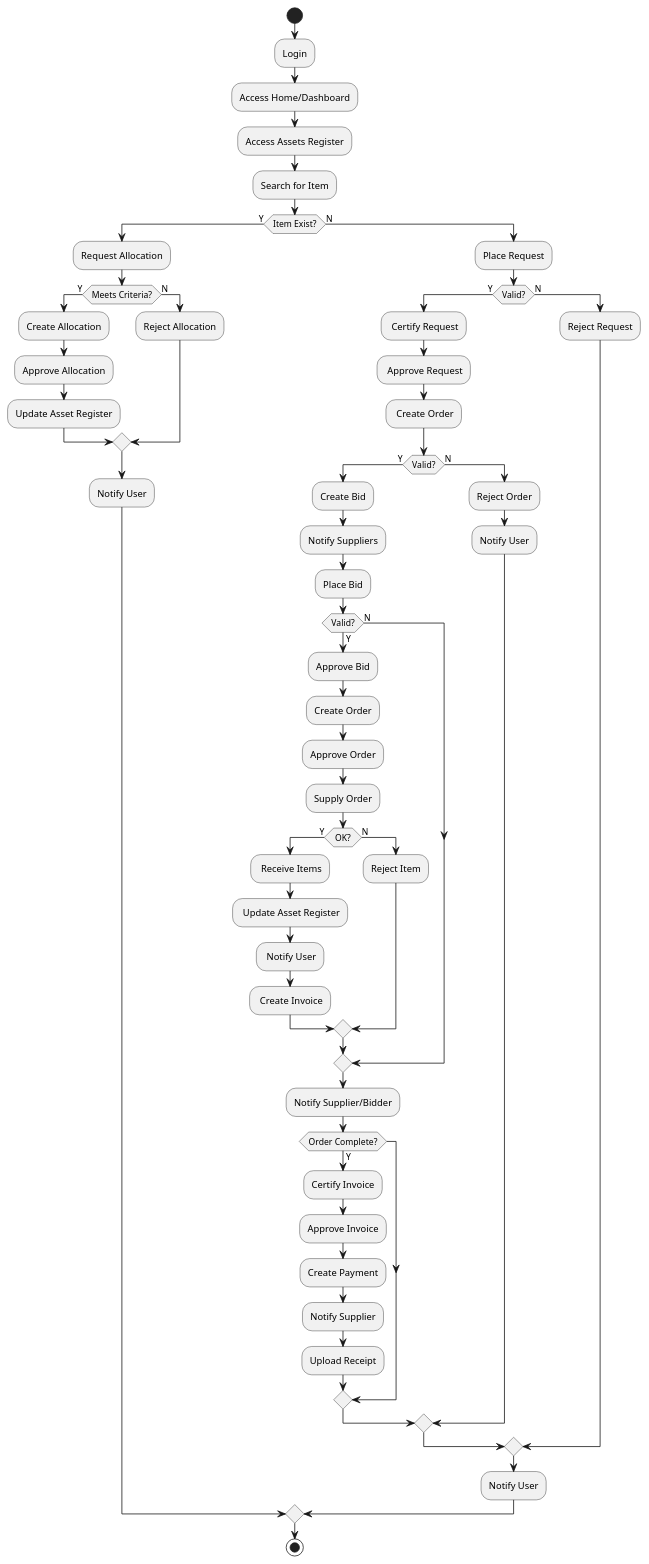
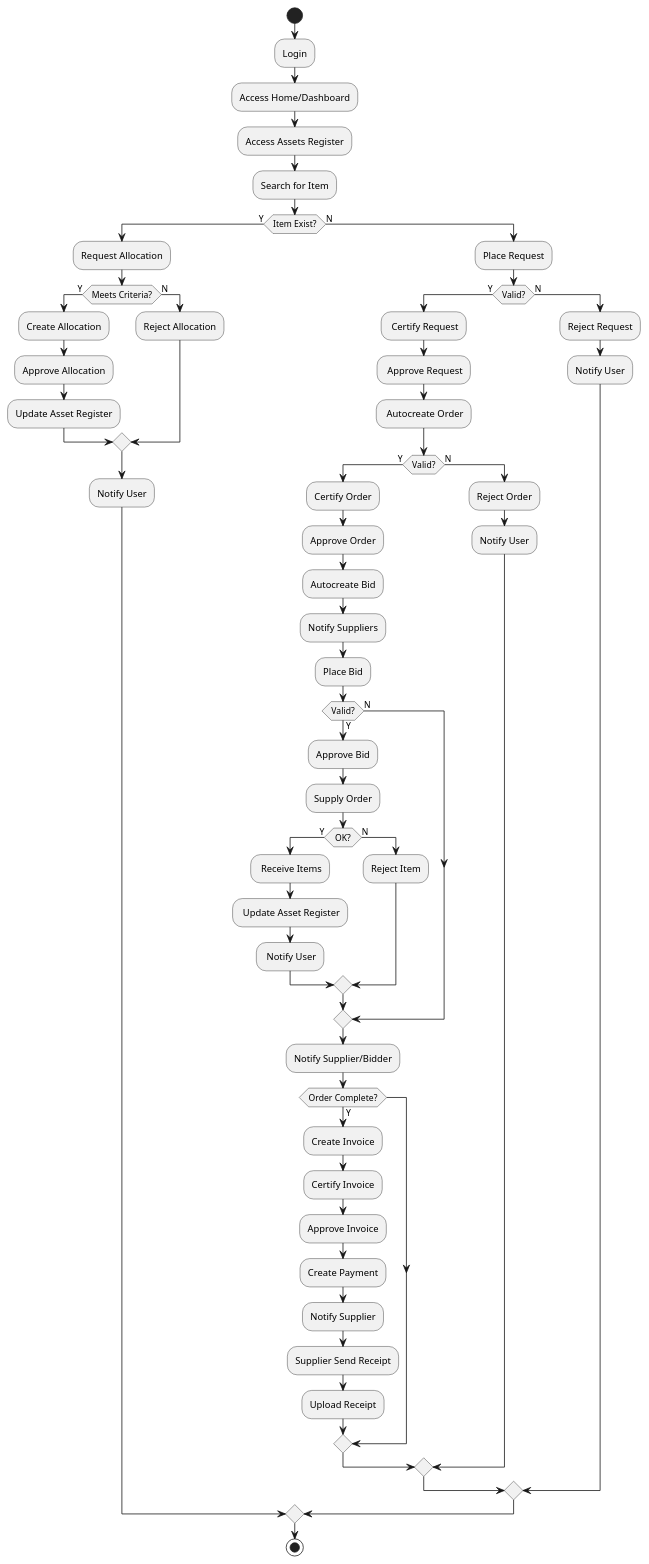
One commit to Gichure/e-procure changed the diagram in documents/activity-diagram.plantuml. Above: the diagram before and after it, drawn with PlantUML.

```diff
--- a/documents/activity-diagram.plantuml
+++ b/documents/activity-diagram.plantuml
@@ -1,61 +1,62 @@
 @startuml
 !pragma useVerticalIf on
 start
 :Login;
 :Access Home/Dashboard;
 :Access Assets Register;
 :Search for Item;
 if (Item Exist?) then (Y)
   :Request Allocation;
   if (Meets Criteria?) then (Y)
     :Create Allocation;
     :Approve Allocation;
     :Update Asset Register;
   else (N)
    :Reject Allocation;
   endif
   :Notify User;
 else (N)
   :Place Request;
   if (Valid?) then (Y)
     : Certify Request;
     : Approve Request;
-    : Create Order;
+    : Autocreate Order;
    if (Valid?) then (Y)
-      :Create Bid;
+      :Certify Order;
+      :Approve Order;
+      :Autocreate Bid;
       :Notify Suppliers;
       :Place Bid;
       if (Valid?) then (Y)
         :Approve Bid;
-        :Create Order;
-        :Approve Order; 
         :Supply Order;
         if (OK?) then (Y)
           : Receive Items;
           : Update Asset Register;
-          : Notify User; 
-          : Create Invoice;          
+          : Notify User;           
         else (N)
           :Reject Item;
         endif
       else (N)
       endif
       :Notify Supplier/Bidder;
       if (Order Complete?) then (Y)
+      :Create Invoice;
       :Certify Invoice;
       :Approve Invoice;  
       :Create Payment;   
-      :Notify Supplier; 
+      :Notify Supplier;
+      :Supplier Send Receipt;   
       :Upload Receipt;  
       endif
    else (N)
       :Reject Order;
       :Notify User;
    endif
 else (N)
   :Reject Request;
+  :Notify User;
 endif
-:Notify User;
 endif
 stop
 @enduml
```
